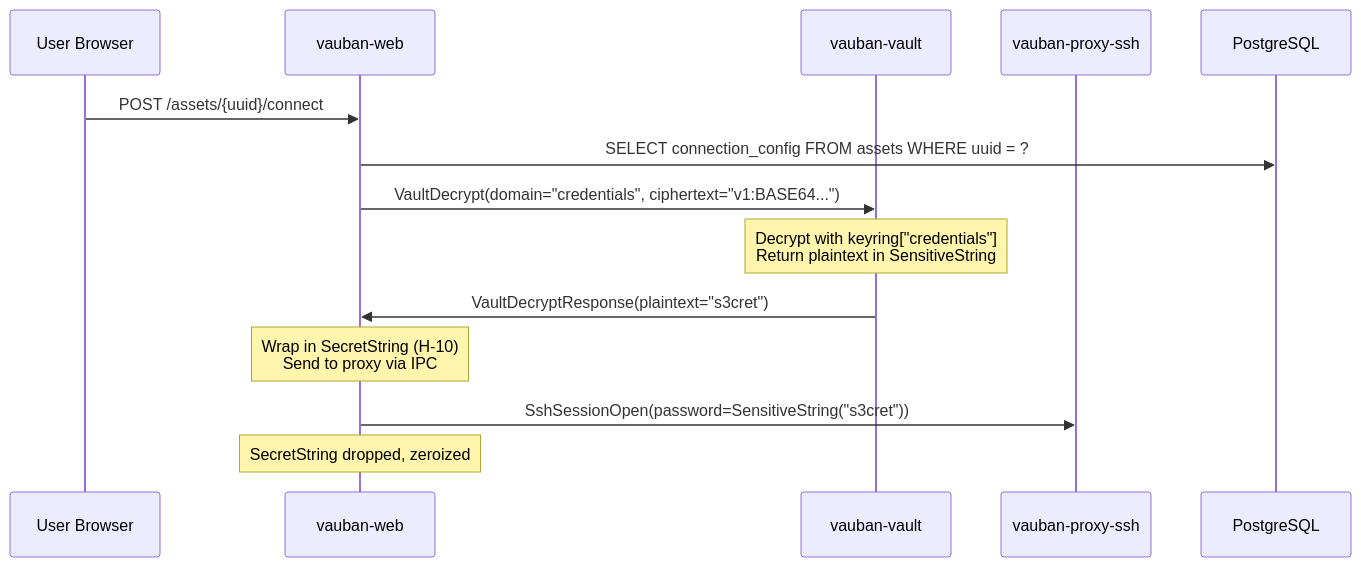
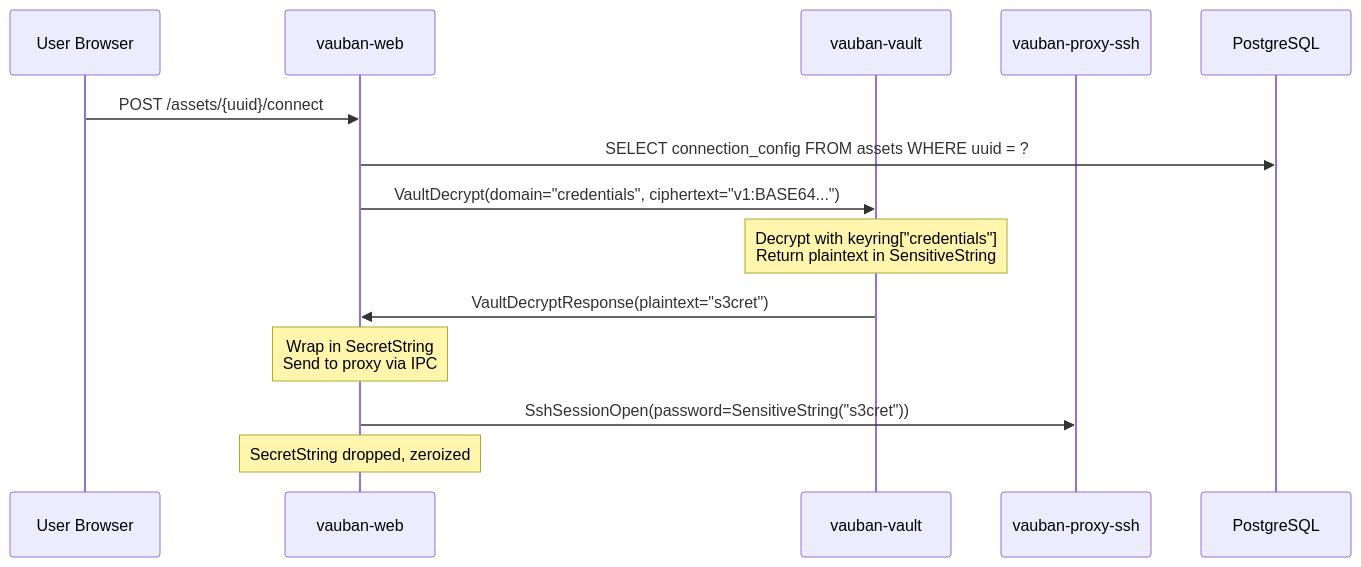
One commit to rbenaley/Vauban changed the seventh of 10 diagrams in docs/technical/Vauban_Vault_Architecture_EN(1.0).md. Above: the diagram before and after it, drawn with Mermaid. The commit also changed other lines of this file and 57 other files, not shown here.

````diff
--- a/docs/technical/Vauban_Vault_Architecture_EN(1.0).md
+++ b/docs/technical/Vauban_Vault_Architecture_EN(1.0).md
@@ -462,20 +462,20 @@
 ```mermaid
 sequenceDiagram
     participant U as User Browser
     participant W as vauban-web
     participant V as vauban-vault
     participant P as vauban-proxy-ssh
     participant DB as PostgreSQL
 
     U->>W: POST /assets/{uuid}/connect
     W->>DB: SELECT connection_config FROM assets WHERE uuid = ?
     
     W->>V: VaultDecrypt(domain="credentials", ciphertext="v1:BASE64...")
     Note over V: Decrypt with keyring["credentials"]<br/>Return plaintext in SensitiveString
     V->>W: VaultDecryptResponse(plaintext="s3cret")
     
-    Note over W: Wrap in SecretString (H-10)<br/>Send to proxy via IPC
+    Note over W: Wrap in SecretString<br/>Send to proxy via IPC
     W->>P: SshSessionOpen(password=SensitiveString("s3cret"))
     
     Note over W: SecretString dropped, zeroized
 ```
````
